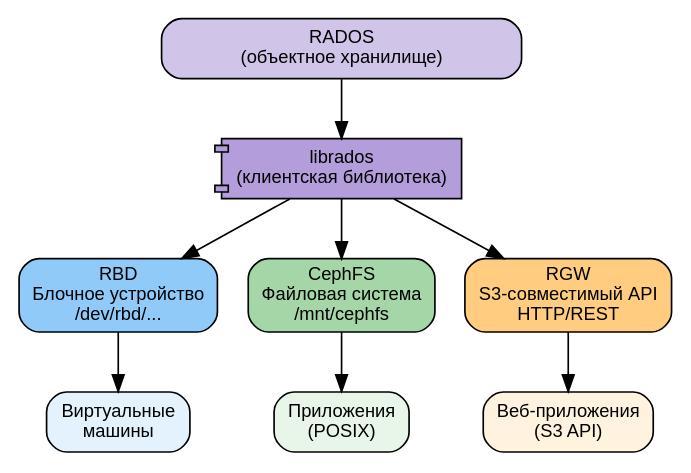
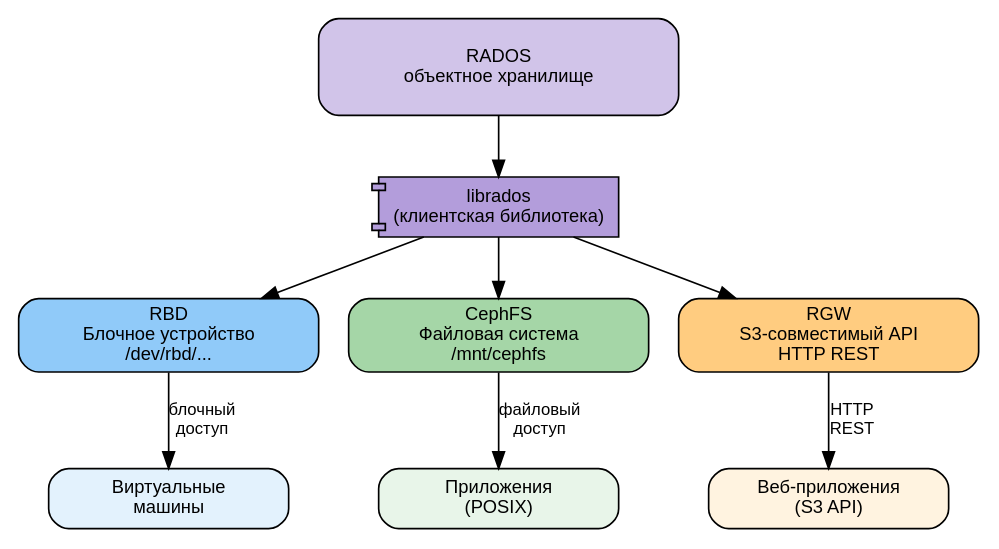
The third of 3 diagrams in part-I.md (dedvmedved-dot/ceph-textbook), drawn with Graphviz before and after one commit. The commit also changed other lines of this file, not shown here.

````diff
--- a/part-I.md
+++ b/part-I.md
@@ -480,28 +556,28 @@
 ```dot
 digraph {
     bgcolor=white
     rankdir=TB
     node [fontname="Arial", fontsize=11, fontcolor=black, shape=box, style="filled,rounded"]
     edge [fontname="Arial", fontsize=10, fontcolor=black]
 
-    rados [label="RADOS\n(объектное хранилище)" fillcolor="#D1C4E9" shape=box width=3]
+    rados [label="RADOS\nобъектное хранилище" fillcolor="#D1C4E9" shape=box width=3 height=0.8]
 
     librados [label="librados\n(клиентская библиотека)" fillcolor="#B39DDB" shape=component]
 
-    rbd [label="RBD\nБлочное устройство\n/dev/rbd/..." fillcolor="#90CAF9"]
-    cephfs [label="CephFS\nФайловая система\n/mnt/cephfs" fillcolor="#A5D6A7"]
-    rgw [label="RGW\nS3-совместимый API\nHTTP/REST" fillcolor="#FFCC80"]
+    rbd [label="RBD\nБлочное устройство\n/dev/rbd/..." fillcolor="#90CAF9" width=2.5]
+    cephfs [label="CephFS\nФайловая система\n/mnt/cephfs" fillcolor="#A5D6A7" width=2.5]
+    rgw [label="RGW\nS3-совместимый API\nHTTP REST" fillcolor="#FFCC80" width=2.5]
 
-    vms [label="Виртуальные\nмашины" fillcolor="#E3F2FD"]
-    apps [label="Приложения\n(POSIX)" fillcolor="#E8F5E9"]
-    web [label="Веб-приложения\n(S3 API)" fillcolor="#FFF3E0"]
+    vms [label="Виртуальные\nмашины" fillcolor="#E3F2FD" width=2]
+    apps [label="Приложения\n(POSIX)" fillcolor="#E8F5E9" width=2]
+    web [label="Веб-приложения\n(S3 API)" fillcolor="#FFF3E0" width=2]
 
     rados -> librados
     librados -> rbd
     librados -> cephfs
     librados -> rgw
-    rbd -> vms
-    cephfs -> apps
-    rgw -> web
+    rbd -> vms [label="блочный\nдоступ"]
+    cephfs -> apps [label="файловый\nдоступ"]
+    rgw -> web [label="HTTP\nREST"]
 }
 ```
````
